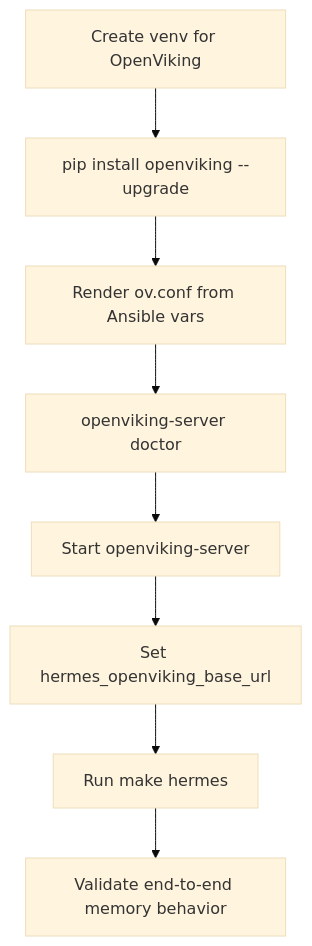
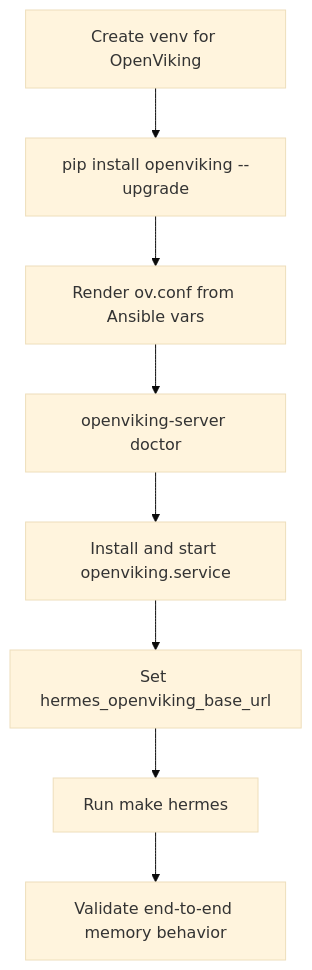
The diagram in README.md (ValidatorAI/W-deplyer), drawn with Mermaid (base theme) before and after one commit. The commit also changed other lines of this file and 2 other files, not shown here.

Commit message:
open viking run as a service

````diff
--- a/README.md
+++ b/README.md
@@ -211,10 +212,10 @@
 ```mermaid
 flowchart TD
 	A[Create venv for OpenViking] --> B[pip install openviking --upgrade]
 	B --> C[Render ov.conf from Ansible vars]
 	C --> D[openviking-server doctor]
-	D --> E[Start openviking-server]
+	D --> E[Install and start openviking.service]
 	E --> F[Set hermes_openviking_base_url]
 	F --> G[Run make hermes]
 	G --> H[Validate end-to-end memory behavior]
 ```
````
